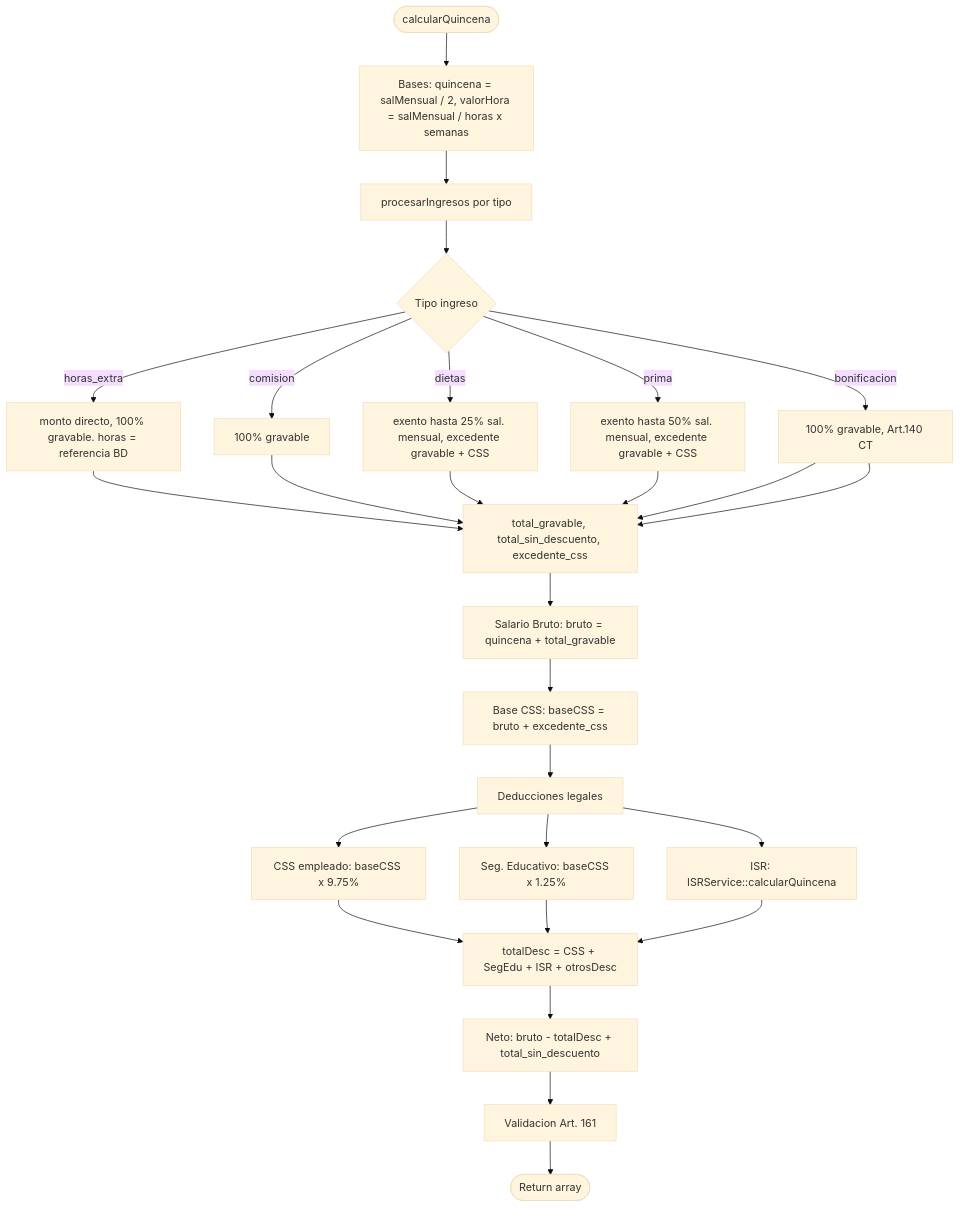
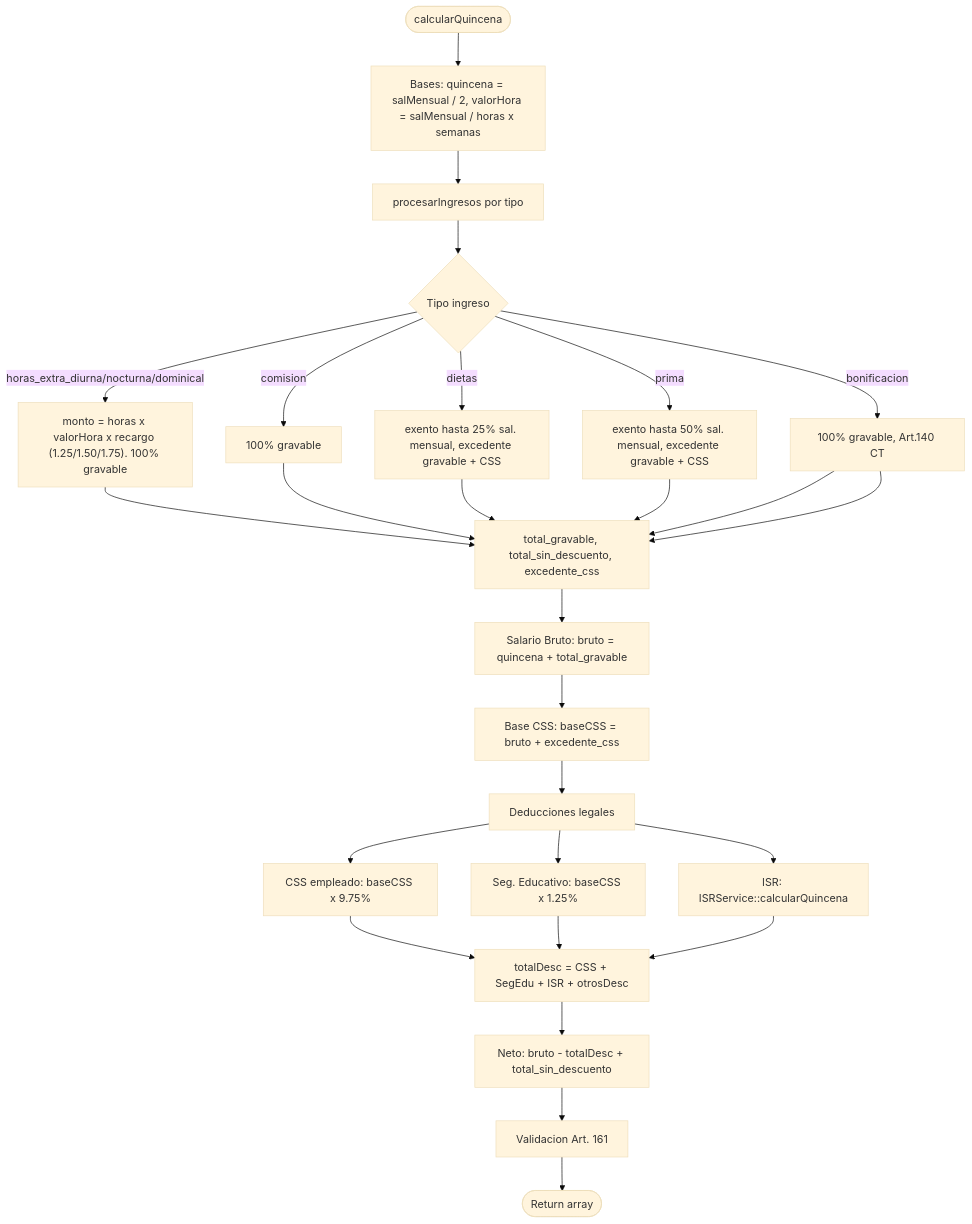
Before and after one commit to 1997-bit/proyecto-contabilidad: the second of 2 diagrams in docs/services/PlanillaServices.md, drawn with Mermaid (base theme). The commit also changed other lines of this file and 43 other files, not shown here.

````diff
--- a/docs/services/PlanillaServices.md
+++ b/docs/services/PlanillaServices.md
@@ -56,27 +56,27 @@
 ```mermaid
 flowchart TD
     A([calcularQuincena]) --> B["Bases: quincena = salMensual / 2, valorHora = salMensual / horas x semanas"]
     B --> C["procesarIngresos por tipo"]
 
     C --> C1{Tipo ingreso}
-    C1 -->|horas_extra| C2["monto directo, 100% gravable. horas = referencia BD"]
+    C1 -->|horas_extra_diurna/nocturna/dominical| C2["monto = horas x valorHora x recargo (1.25/1.50/1.75). 100% gravable"]
     C1 -->|comision| C3["100% gravable"]
     C1 -->|dietas| C4["exento hasta 25% sal. mensual, excedente gravable + CSS"]
     C1 -->|prima| C5["exento hasta 50% sal. mensual, excedente gravable + CSS"]
     C1 -->|bonificacion| C6["100% gravable, Art.140 CT"]
     C6 --> D
     C2 & C3 & C4 & C5 & C6 --> D["total_gravable, total_sin_descuento, excedente_css"]
 
     D --> E["Salario Bruto: bruto = quincena + total_gravable"]
     E --> F["Base CSS: baseCSS = bruto + excedente_css"]
 
     F --> G["Deducciones legales"]
     G --> G1["CSS empleado: baseCSS x 9.75%"]
     G --> G2["Seg. Educativo: baseCSS x 1.25%"]
     G --> G3["ISR: ISRService::calcularQuincena"]
 
     G1 & G2 & G3 --> H["totalDesc = CSS + SegEdu + ISR + otrosDesc"]
     H --> I["Neto: bruto - totalDesc + total_sin_descuento"]
     I --> J["Validacion Art. 161"]
     J --> K([Return array])
 ```
````
